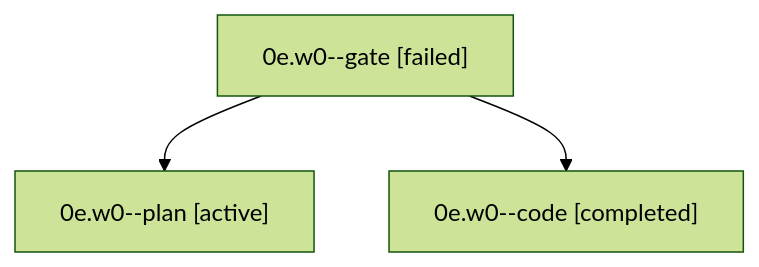
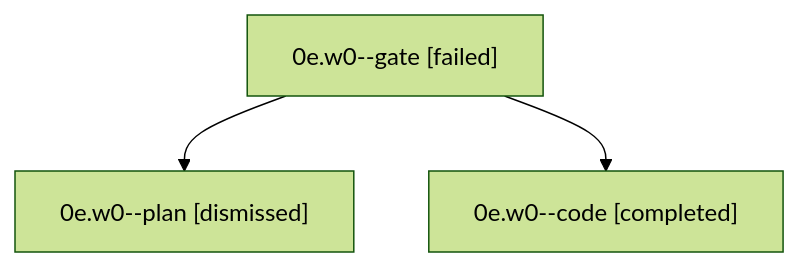
The diagram in sessions/bbugyi200.apollo.0e.w0.md (sase-org/sase--agents), drawn with Mermaid (forest theme) before and after one commit. The commit also changed other lines of this file and 34 other files, not shown here.

````diff
--- a/sessions/bbugyi200.apollo.0e.w0.md
+++ b/sessions/bbugyi200.apollo.0e.w0.md
@@ -9,8 +9,8 @@
 ```mermaid
 flowchart TD
   n0["0e.w0--gate [failed]"]
-  n1["0e.w0--plan [active]"]
+  n1["0e.w0--plan [dismissed]"]
   n0 --> n1
   n2["0e.w0--code [completed]"]
   n0 --> n2
 ```
````
